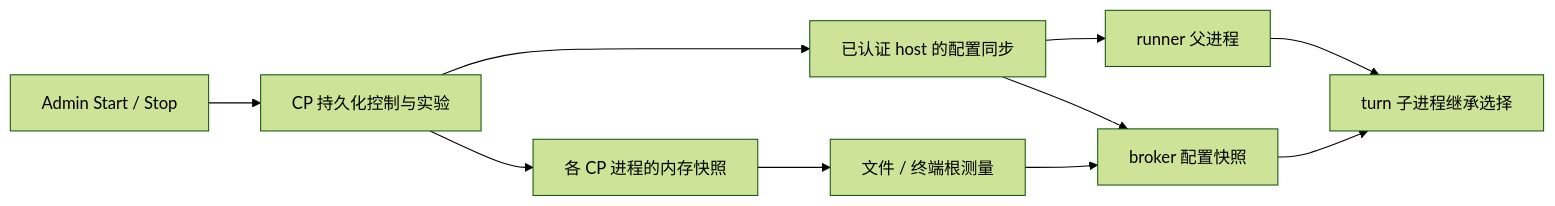
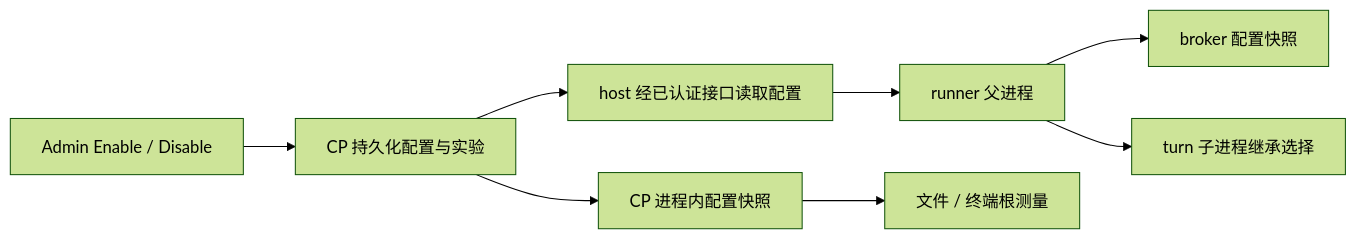
Before and after one commit to HarvardMadSys/hybridInference-cloud-agent: the diagram in docs/specs/2026-09-21-admin-measurement-runtime-control-design.zh-CN.md, drawn with Mermaid (forest theme). The commit also changed other lines of this file and 3 other files, not shown here.

````diff
--- a/docs/specs/2026-09-21-admin-measurement-runtime-control-design.zh-CN.md
+++ b/docs/specs/2026-09-21-admin-measurement-runtime-control-design.zh-CN.md
@@ -160,12 +190,10 @@
 ```mermaid
 flowchart LR
-    UI[Admin Start / Stop] --> DB[CP 持久化控制与实验]
-    DB --> CP[各 CP 进程的内存快照]
-    DB --> HOST[已认证 host 的配置同步]
+    UI[Admin Enable / Disable] --> DB[CP 持久化配置与实验]
+    DB --> CP[CP 进程内配置快照]
+    DB --> HOST[host 经已认证接口读取配置]
     HOST --> RUNNER[runner 父进程]
-    HOST --> BROKER[broker 配置快照]
+    RUNNER --> BROKER[broker 配置快照]
     RUNNER --> CHILD[turn 子进程继承选择]
-    BROKER --> CHILD
     CP --> ROOT[文件 / 终端根测量]
-    ROOT --> BROKER
 ```
````
